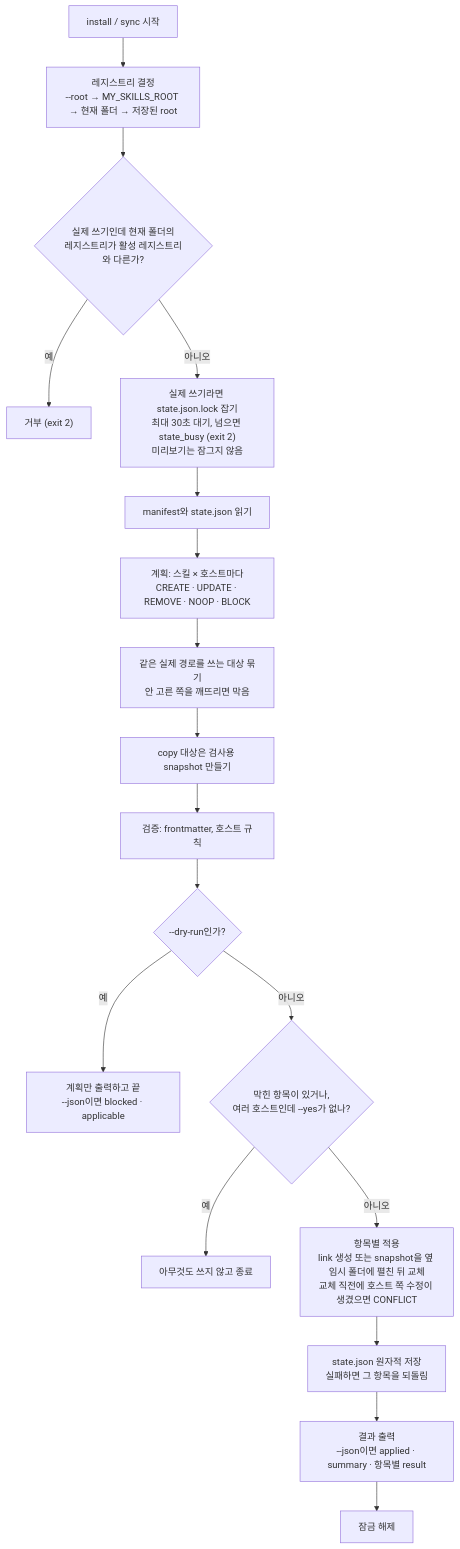
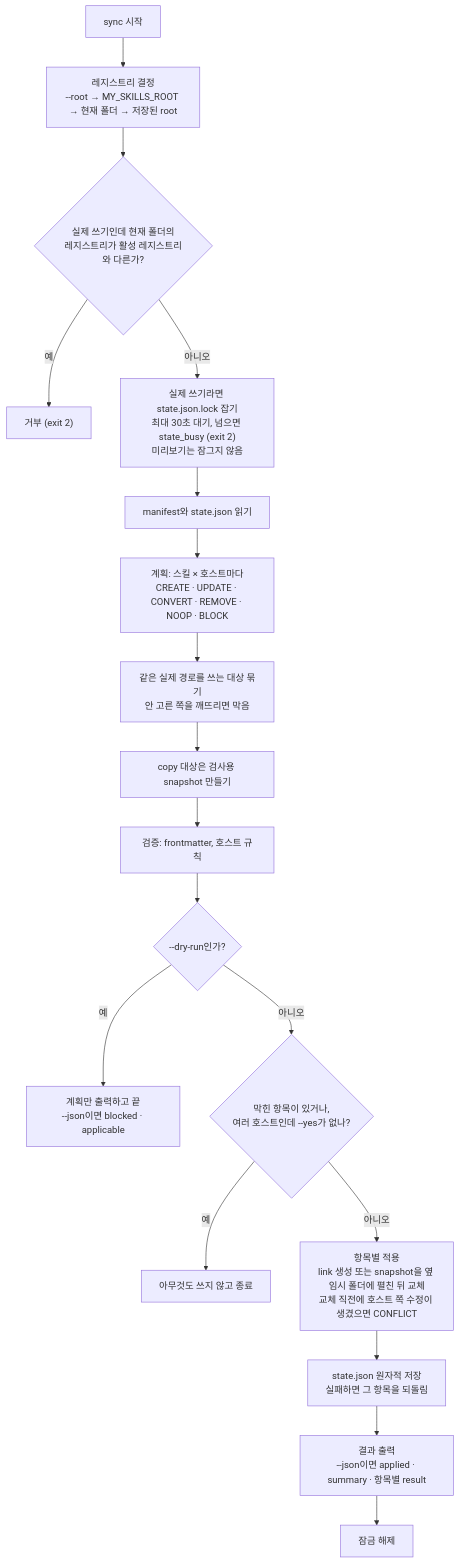
The fourth of 8 diagrams in docs/system-map.ko.md (Seosiju/my-skills), drawn with Mermaid before and after one commit. The commit also changed other lines of this file and 10 other files, not shown here.

````diff
--- a/docs/system-map.ko.md
+++ b/docs/system-map.ko.md
@@ -177,20 +177,20 @@
 ```mermaid
 flowchart TD
-  A["install / sync 시작"] --> B["레지스트리 결정<br/>--root → MY_SKILLS_ROOT → 현재 폴더 → 저장된 root"]
+  A["sync 시작"] --> B["레지스트리 결정<br/>--root → MY_SKILLS_ROOT → 현재 폴더 → 저장된 root"]
   B --> C{"실제 쓰기인데 현재 폴더의<br/>레지스트리가 활성 레지스트리와 다른가?"}
   C -- 예 --> X1["거부 (exit 2)"]
   C -- 아니오 --> D["실제 쓰기라면 state.json.lock 잡기<br/>최대 30초 대기, 넘으면 state_busy (exit 2)<br/>미리보기는 잠그지 않음"]
   D --> E["manifest와 state.json 읽기"]
-  E --> F["계획: 스킬 × 호스트마다<br/>CREATE · UPDATE · REMOVE · NOOP · BLOCK"]
+  E --> F["계획: 스킬 × 호스트마다<br/>CREATE · UPDATE · CONVERT · REMOVE · NOOP · BLOCK"]
   F --> G["같은 실제 경로를 쓰는 대상 묶기<br/>안 고른 쪽을 깨뜨리면 막음"]
   G --> H["copy 대상은 검사용 snapshot 만들기"]
   H --> I["검증: frontmatter, 호스트 규칙"]
   I --> K{"--dry-run인가?"}
   K -- 예 --> P["계획만 출력하고 끝<br/>--json이면 blocked · applicable"]
   K -- 아니오 --> M{"막힌 항목이 있거나,<br/>여러 호스트인데 --yes가 없나?"}
   M -- 예 --> X2["아무것도 쓰지 않고 종료"]
   M -- 아니오 --> N["항목별 적용<br/>link 생성 또는 snapshot을 옆 임시 폴더에 펼친 뒤 교체<br/>교체 직전에 호스트 쪽 수정이 생겼으면 CONFLICT"]
   N --> O["state.json 원자적 저장<br/>실패하면 그 항목을 되돌림"]
   O --> Q["결과 출력<br/>--json이면 applied · summary · 항목별 result"]
   Q --> Z["잠금 해제"]
 ```
````
